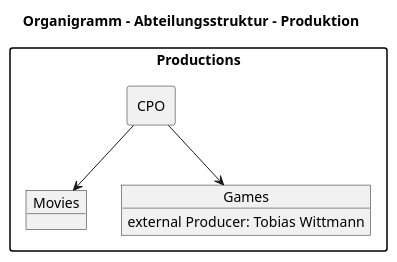
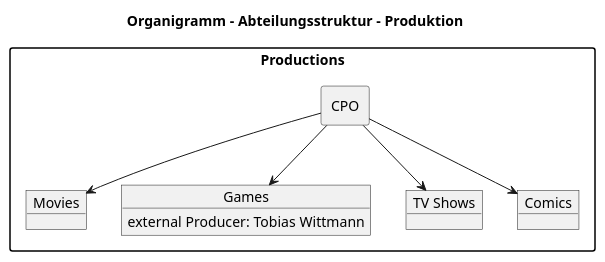
One commit to Stiller-und-Partner-Mediengruppe-GmbH/SPMG.Conceptplan changed the diagram in Products_Projects.adoc. Above: the diagram before and after it, drawn with PlantUML. The commit also changed 5 other files, not shown here.

```diff
--- a/Products_Projects.adoc
+++ b/Products_Projects.adoc
@@ -5,32 +5,36 @@
 [plantuml, org-chart-productions, svg]
 ----
 @startuml
 skinparam packageStyle rectangle
 
 ' Dieser Befehl erlaubt das Mischen von verschiedenen Elementtypen (Object & Rectangle)
 allowmixing
 
 ' Definition eines Styles für reinen Text
 skinparam rectangle<<text>> {
     BackgroundColor transparent
     BorderColor transparent
     Shadowing false
 }
 
 title Organigramm - Abteilungsstruktur - Produktion
 
 package "Productions" as PROD {
     rectangle "CPO" as CPO
     object "Movies" as MPU
     object "Games" as GPU{
      external Producer: Tobias Wittmann
-}   
+}
+    object "TV Shows" as TVU
+    object "Comics" as CPU
 
     CPO -down-> MPU
     CPO -down-> GPU
+    CPO -down-> TVU
+    CPO -down-> CPU
 
 } 
 
 
 @enduml
 ----
```
